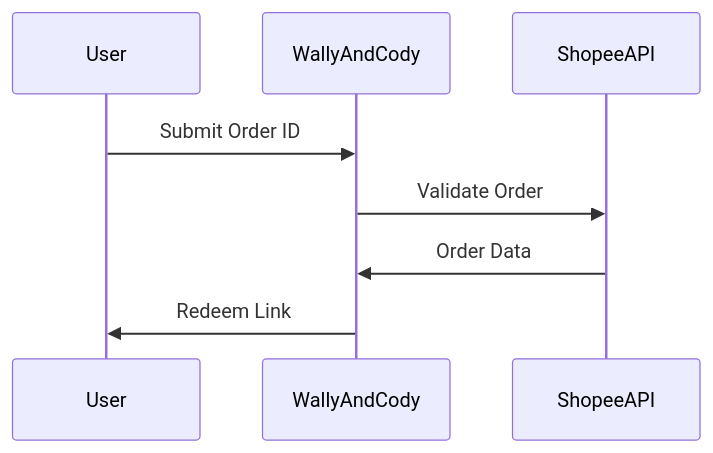
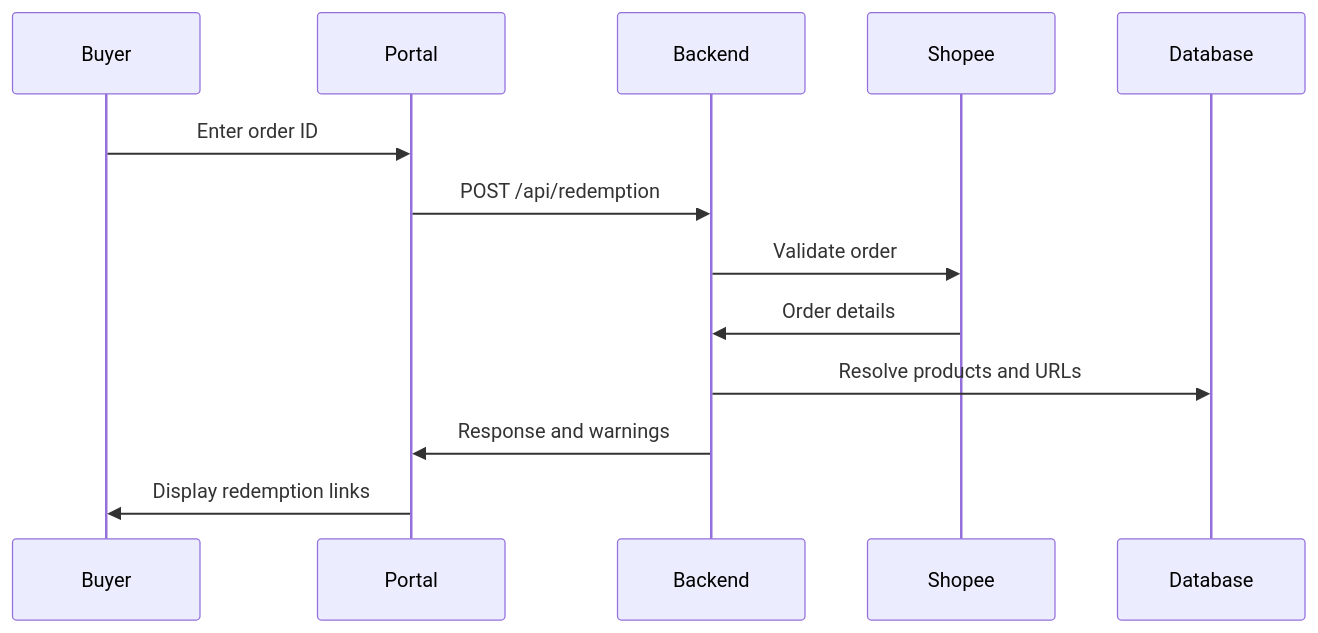
The diagram in features.mdx (PNY92/documentationai-Docs), drawn with Mermaid before and after one commit. The commit also changed other lines of this file and 10 other files, not shown here.

````diff
--- a/features.mdx
+++ b/features.mdx
@@ -49,7 +75,10 @@
 ```mermaid
 sequenceDiagram
-    User->>WallyAndCody: Submit Order ID
-    WallyAndCody->>ShopeeAPI: Validate Order
-    ShopeeAPI->>WallyAndCody: Order Data
-    WallyAndCody->>User: Redeem Link
+    Buyer->>Portal: Enter order ID
+    Portal->>Backend: POST /api/redemption
+    Backend->>Shopee: Validate order
+    Shopee->>Backend: Order details
+    Backend->>Database: Resolve products and URLs
+    Backend->>Portal: Response and warnings
+    Portal->>Buyer: Display redemption links
 ```
````
